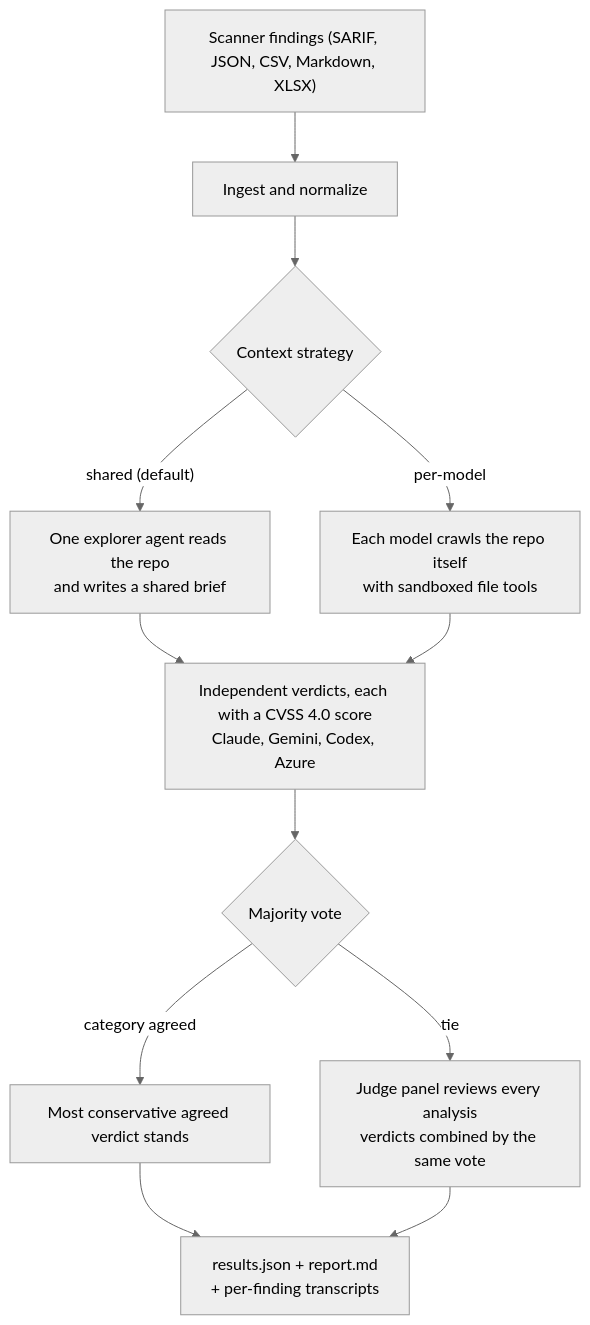
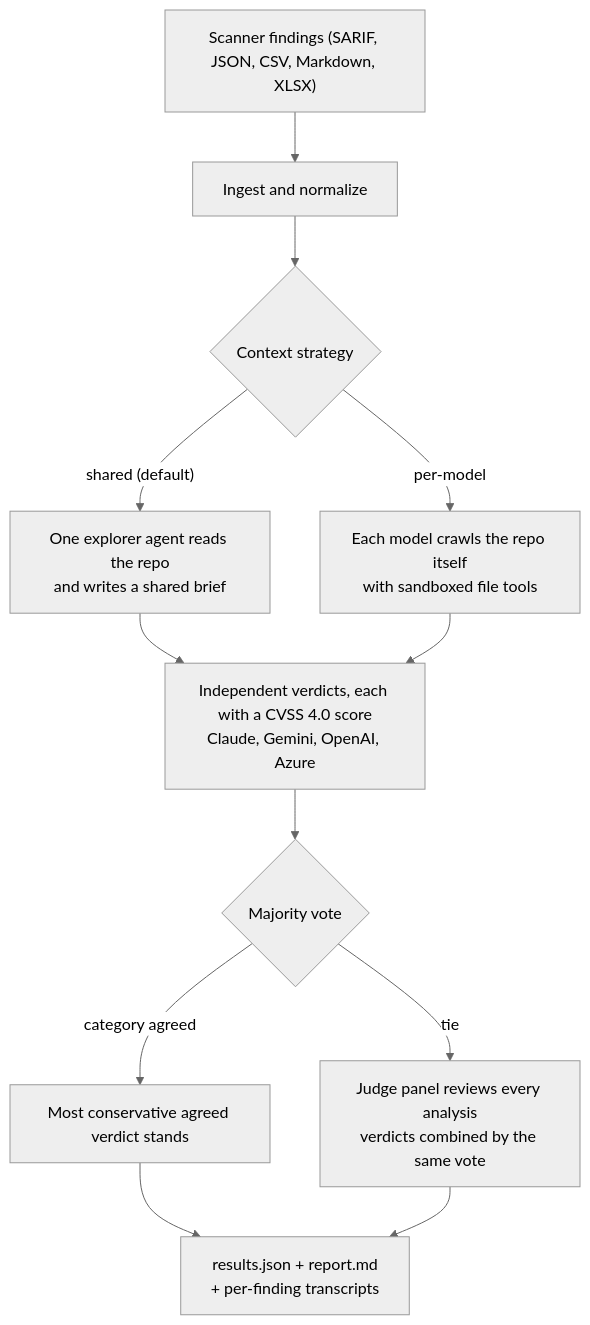
One commit to seschis/concord changed the diagram in README.md. Above: the diagram before and after it, drawn with Mermaid (neutral theme). The commit also changed other lines of this file and 3 other files, not shown here.

````diff
--- a/README.md
+++ b/README.md
@@ -19,14 +19,14 @@
 ```mermaid
 flowchart TD
     A["Scanner findings (SARIF, JSON, CSV, Markdown, XLSX)"] --> B["Ingest and normalize"]
     B --> C{"Context strategy"}
     C -->|"shared (default)"| D["One explorer agent reads the repo<br/>and writes a shared brief"]
     C -->|"per-model"| E["Each model crawls the repo itself<br/>with sandboxed file tools"]
-    D --> F["Independent verdicts, each with a CVSS 4.0 score<br/>Claude, Gemini, Codex, Azure"]
+    D --> F["Independent verdicts, each with a CVSS 4.0 score<br/>Claude, Gemini, OpenAI, Azure"]
     E --> F
     F --> G{"Majority vote"}
     G -->|"category agreed"| H["Most conservative agreed verdict stands"]
     G -->|"tie"| I["Judge panel reviews every analysis<br/>verdicts combined by the same vote"]
     H --> J["results.json + report.md<br/>+ per-finding transcripts"]
     I --> J
 ```
````
